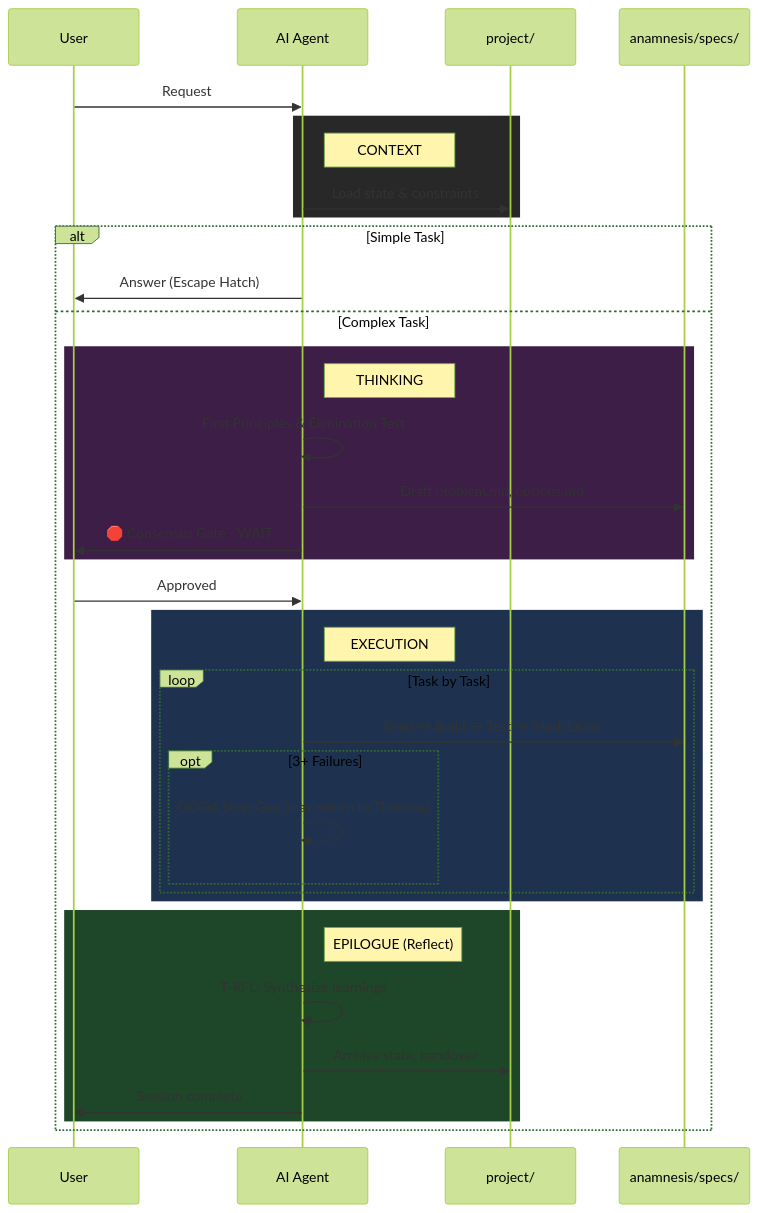
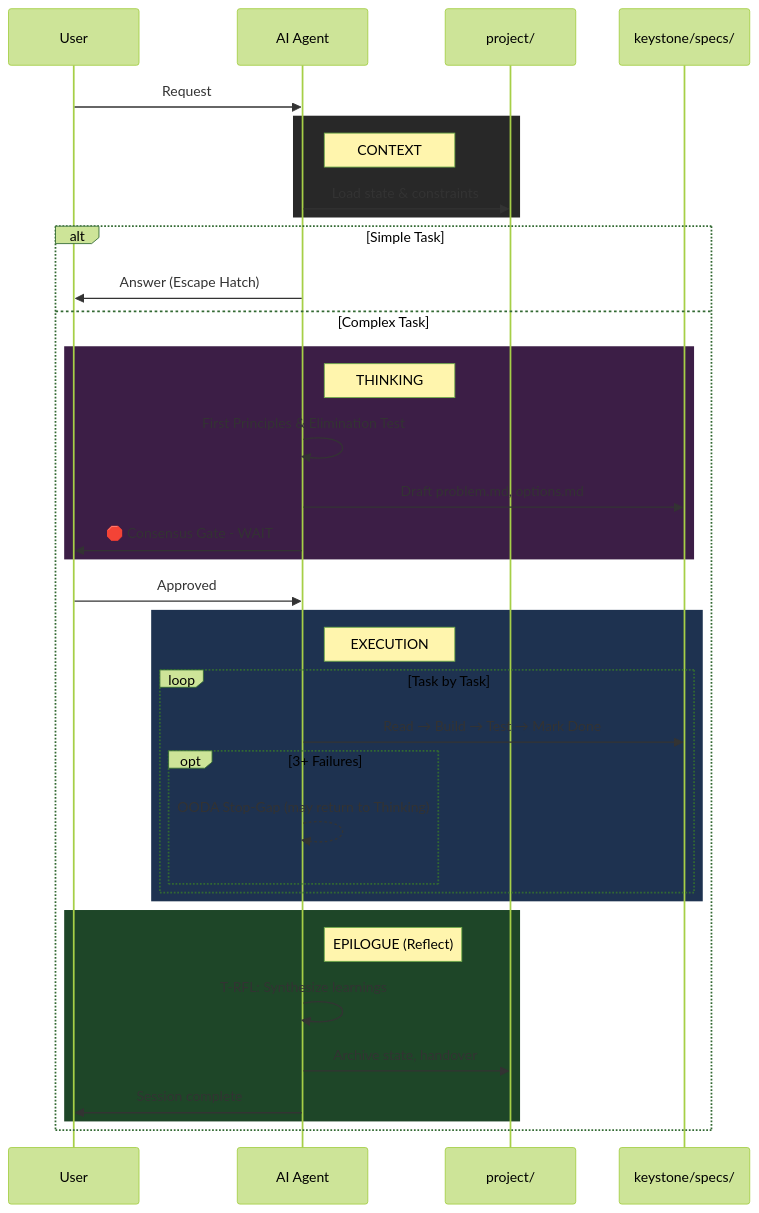
Before and after one commit to Skeptomenos/Keystone: the first of 5 diagrams in README.md, drawn with Mermaid (forest theme). The commit also changed other lines of this file and 111 other files, not shown here.

````diff
--- a/README.md
+++ b/README.md
@@ -40,44 +40,44 @@
 ```mermaid
 sequenceDiagram
     participant User
     participant AI as AI Agent
     participant Context as project/
-    participant Specs as anamnesis/specs/
+    participant Specs as keystone/specs/
 
     User->>AI: Request
 
     rect rgb(40, 40, 40)
     Note right of AI: CONTEXT
     AI->>Context: Load state & constraints
     end
 
     alt Simple Task
         AI->>User: Answer (Escape Hatch)
     else Complex Task
         rect rgb(60, 30, 70)
         Note right of AI: THINKING
         AI->>AI: First Principles & Elimination Test
         AI->>Specs: Draft problem.md, options.md
         AI->>User: 🛑 Consensus Gate - WAIT
         end
         
         User->>AI: Approved
 
         rect rgb(30, 50, 80)
         Note right of AI: EXECUTION
         loop Task by Task
             AI->>Specs: Read → Build → Test → Mark Done
             opt 3+ Failures
                 AI-->>AI: OODA Stop-Gap (may return to Thinking)
             end
         end
         end
 
         rect rgb(30, 70, 40)
         Note right of AI: EPILOGUE (Reflect)
         AI->>AI: T-RFL: Synthesize learnings
         AI->>Context: Archive state, handover
         AI->>User: Session complete
         end
     end
 ```
````
